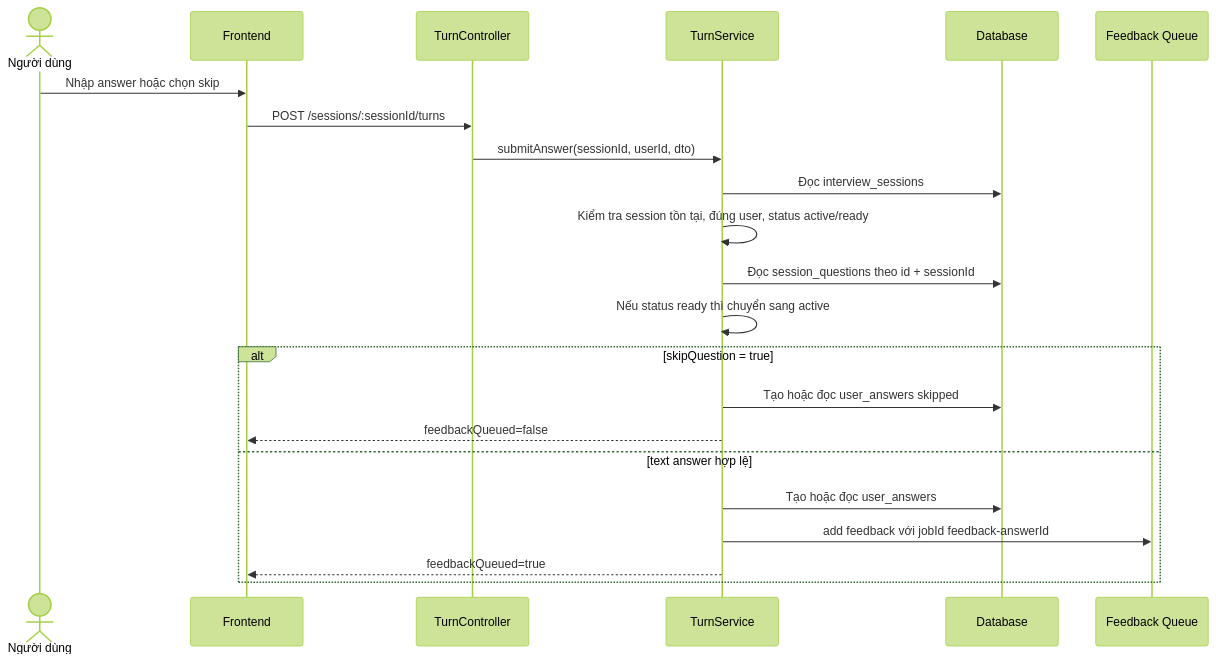
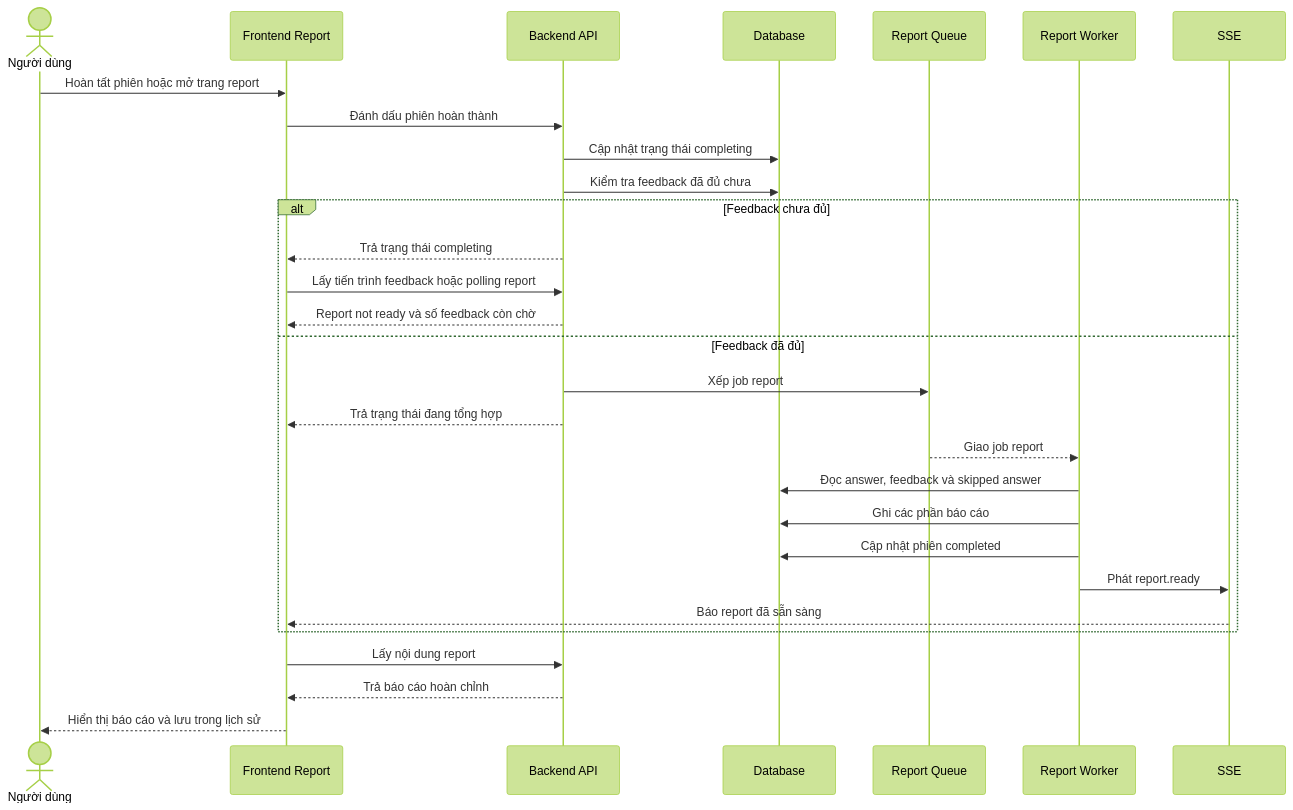
The second of 2 diagrams in docs/final_report/Chuong4-extend.md (lethanhan01/interview-coach), drawn with Mermaid (forest theme) before and after one commit. The commit also changed other lines of this file and 2 other files, not shown here.

````diff
--- a/docs/final_report/Chuong4-extend.md
+++ b/docs/final_report/Chuong4-extend.md
@@ -83,26 +49,34 @@
 ```mermaid
 sequenceDiagram
     actor User as Người dùng
-    participant FE as Frontend
-    participant API as TurnController
-    participant SVC as TurnService
+    participant FE as Frontend Report
+    participant API as Backend API
     participant DB as Database
-    participant FQ as Feedback Queue
+    participant Q as Report Queue
+    participant Worker as Report Worker
+    participant SSE as SSE
 
-    User->>FE: Nhập answer hoặc chọn skip
-    FE->>API: POST /sessions/:sessionId/turns
-    API->>SVC: submitAnswer(sessionId, userId, dto)
-    SVC->>DB: Đọc interview_sessions
-    SVC->>SVC: Kiểm tra session tồn tại, đúng user, status active/ready
-    SVC->>DB: Đọc session_questions theo id + sessionId
-    SVC->>SVC: Nếu status ready thì chuyển sang active
+    User->>FE: Hoàn tất phiên hoặc mở trang report
+    FE->>API: Đánh dấu phiên hoàn thành
+    API->>DB: Cập nhật trạng thái completing
+    API->>DB: Kiểm tra feedback đã đủ chưa
 
-    alt skipQuestion = true
-        SVC->>DB: Tạo hoặc đọc user_answers skipped
-        SVC-->>FE: feedbackQueued=false
-    else text answer hợp lệ
-        SVC->>DB: Tạo hoặc đọc user_answers
-        SVC->>FQ: add feedback với jobId feedback-answerId
-        SVC-->>FE: feedbackQueued=true
+    alt Feedback chưa đủ
+        API-->>FE: Trả trạng thái completing
+        FE->>API: Lấy tiến trình feedback hoặc polling report
+        API-->>FE: Report not ready và số feedback còn chờ
+    else Feedback đã đủ
+        API->>Q: Xếp job report
+        API-->>FE: Trả trạng thái đang tổng hợp
+        Q-->>Worker: Giao job report
+        Worker->>DB: Đọc answer, feedback và skipped answer
+        Worker->>DB: Ghi các phần báo cáo
+        Worker->>DB: Cập nhật phiên completed
+        Worker->>SSE: Phát report.ready
+        SSE-->>FE: Báo report đã sẵn sàng
     end
+
+    FE->>API: Lấy nội dung report
+    API-->>FE: Trả báo cáo hoàn chỉnh
+    FE-->>User: Hiển thị báo cáo và lưu trong lịch sử
 ```
````
